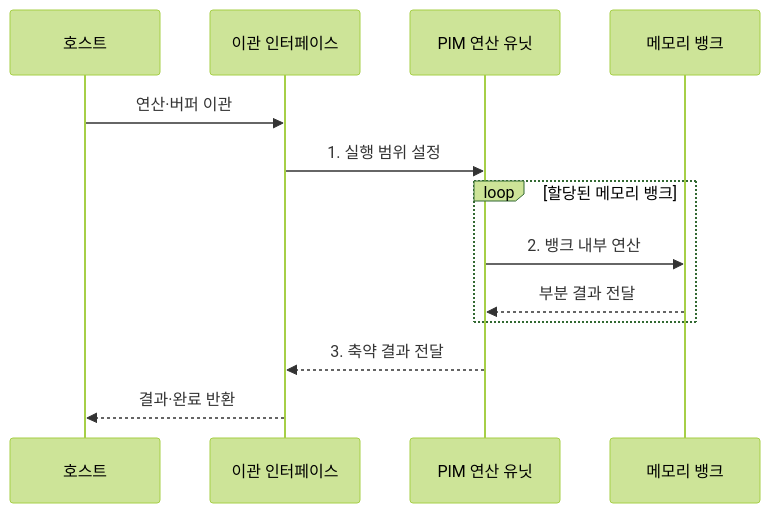
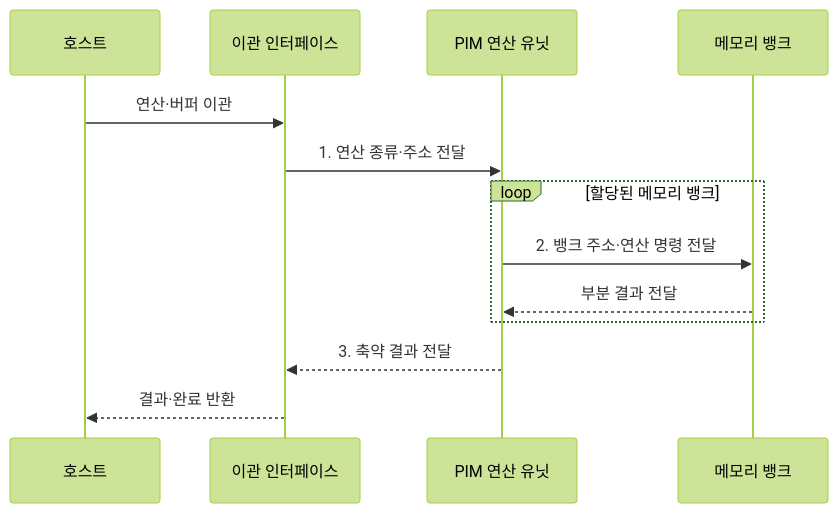
Before and after one commit to agnusdei1207/knowledge-base: the second of 2 diagrams in src/content/docs/notes/02-hardware/026_pim.md, drawn with Mermaid (forest theme). The commit also changed other lines of this file and 20 other files, not shown here.

````diff
--- a/src/content/docs/notes/02-hardware/026_pim.md
+++ b/src/content/docs/notes/02-hardware/026_pim.md
@@ -87,15 +85,15 @@
 ```mermaid
 sequenceDiagram
     participant H as 호스트
     participant I as 이관 인터페이스
     participant U as PIM 연산 유닛
     participant B as 메모리 뱅크
     H->>I: 연산·버퍼 이관
-    I->>U: 1. 실행 범위 설정
+    I->>U: 1. 연산 종류·주소 전달
     loop 할당된 메모리 뱅크
-        U->>B: 2. 뱅크 내부 연산
+        U->>B: 2. 뱅크 주소·연산 명령 전달
         B-->>U: 부분 결과 전달
     end
     U-->>I: 3. 축약 결과 전달
     I-->>H: 결과·완료 반환
 ```
````
